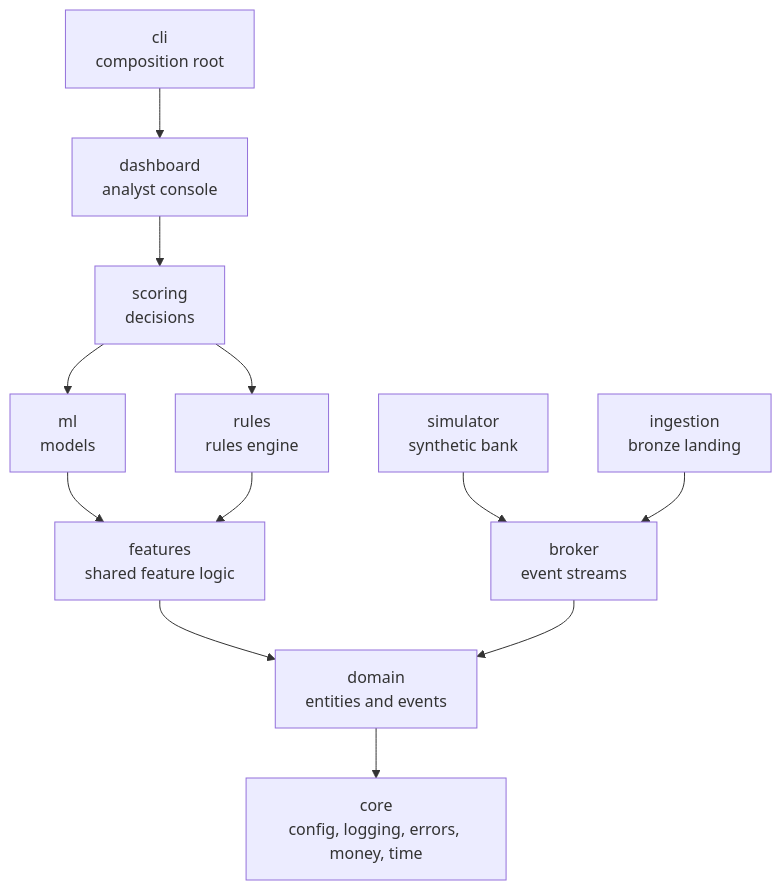
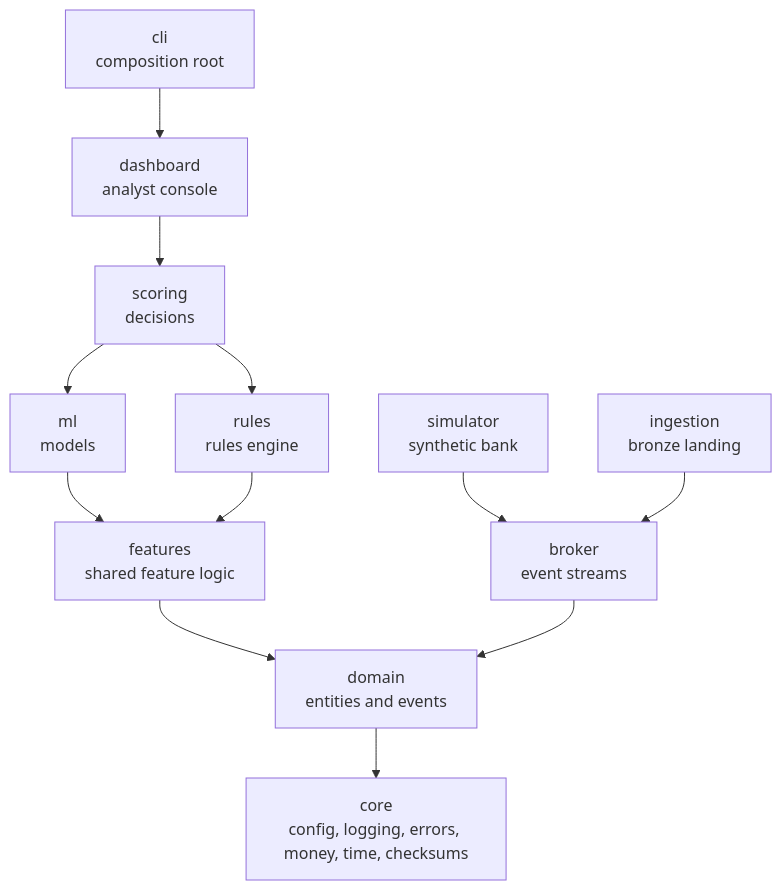
Before and after one commit to ST10471601/sentinel-za: the diagram in docs/architecture.md, drawn with Mermaid. The commit also changed other lines of this file and 26 other files, not shown here.

````diff
--- a/docs/architecture.md
+++ b/docs/architecture.md
@@ -12,24 +12,24 @@
 ```mermaid
 flowchart TB
     cli["cli<br>composition root"]
     dashboard["dashboard<br>analyst console"]
     scoring["scoring<br>decisions"]
     ml["ml<br>models"]
     rules["rules<br>rules engine"]
     features["features<br>shared feature logic"]
     simulator["simulator<br>synthetic bank"]
     ingestion["ingestion<br>bronze landing"]
     broker["broker<br>event streams"]
     domain["domain<br>entities and events"]
-    core["core<br>config, logging, errors, money, time"]
+    core["core<br>config, logging, errors, money, time, checksums"]
 
     cli --> dashboard --> scoring
     scoring --> ml
     scoring --> rules
     ml --> features
     rules --> features
     features --> domain
     simulator --> broker
     ingestion --> broker
     broker --> domain --> core
 ```
````
